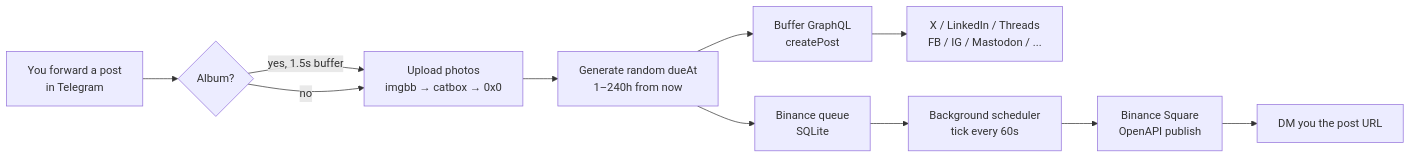
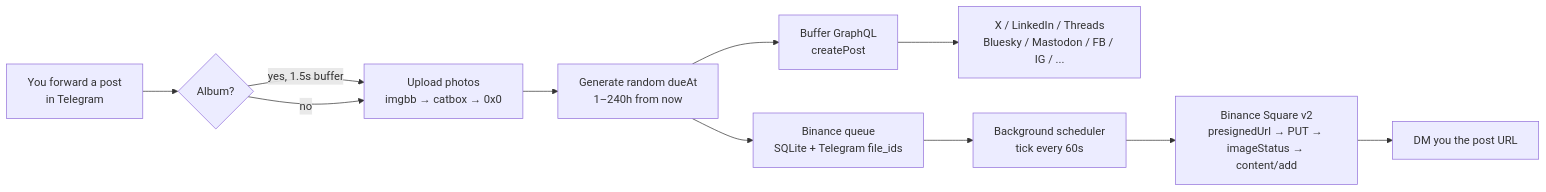
Before and after one commit to SMOService/buffer-poster-bot: the diagram in README.md, drawn with Mermaid. The commit also changed other lines of this file and 26 other files, not shown here.

First line of the commit message:
release(v2.0.0): modular architecture + Binance Square v2 media flow

````diff
--- a/README.md
+++ b/README.md
@@ -18,13 +32,13 @@
 ```mermaid
 flowchart LR
     A[You forward a post<br/>in Telegram] --> B{Album?}
     B -- yes, 1.5s buffer --> C[Upload photos<br/>imgbb → catbox → 0x0]
     B -- no --> C
     C --> D[Generate random dueAt<br/>1–240h from now]
     D --> E[Buffer GraphQL<br/>createPost]
-    D --> F[Binance queue<br/>SQLite]
-    E --> G[X / LinkedIn / Threads<br/>FB / IG / Mastodon / ...]
+    D --> F[Binance queue<br/>SQLite + Telegram file_ids]
+    E --> G[X / LinkedIn / Threads<br/>Bluesky / Mastodon / FB / IG / ...]
     F --> H[Background scheduler<br/>tick every 60s]
-    H --> I[Binance Square<br/>OpenAPI publish]
+    H --> I[Binance Square v2<br/>presignedUrl → PUT → imageStatus → content/add]
     I --> J[DM you the post URL]
 ```
````
